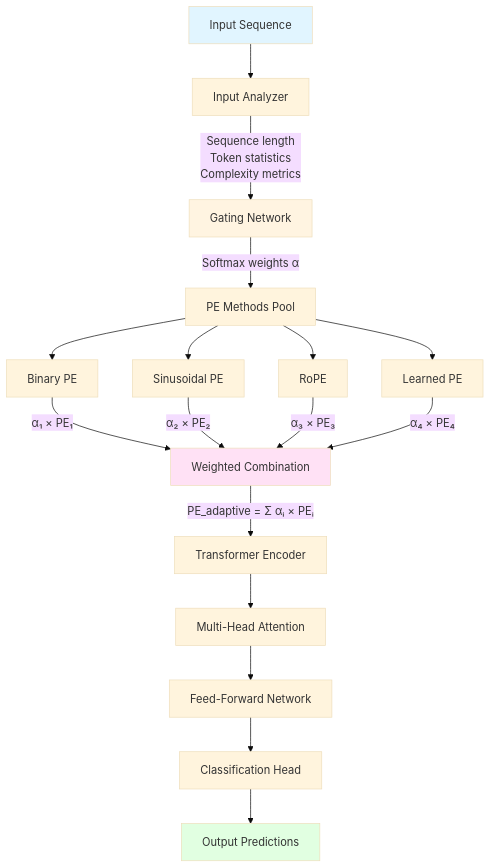
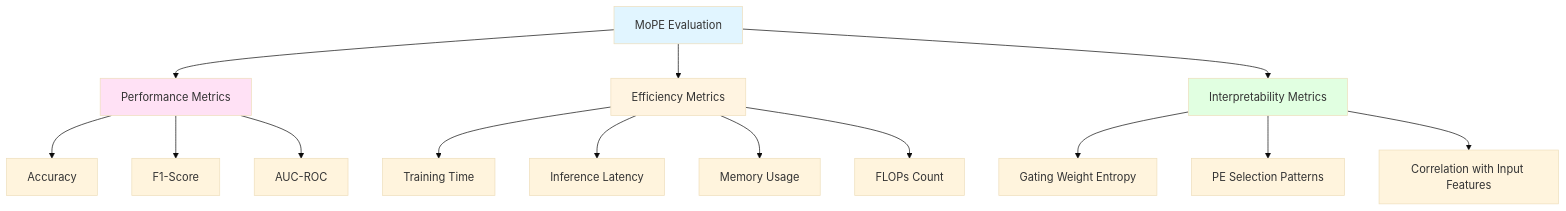
The fourth of 5 diagrams in README.md (zeeza18/PE-COMPARISON-MOE), drawn with Mermaid (base theme) before and after one commit. The commit also changed other lines of this file, not shown here.

````diff
--- a/README.md
+++ b/README.md
@@ -139,27 +327,24 @@
 ```mermaid
-graph TD
-    A[Input Sequence] --> B[Input Analyzer]
-    B --> |Sequence length<br/>Token statistics<br/>Complexity metrics| C[Gating Network]
-    C --> |Softmax weights α| D[PE Methods Pool]
+graph TB
+    A[MoPE Evaluation] --> B[Performance Metrics]
+    A --> C[Efficiency Metrics]
+    A --> D[Interpretability Metrics]
 
-    D --> E1[Binary PE]
-    D --> E2[Sinusoidal PE]
-    D --> E3[RoPE]
-    D --> E4[Learned PE]
+    B --> B1[Accuracy]
+    B --> B2[F1-Score]
+    B --> B3[AUC-ROC]
 
-    E1 --> |α₁ × PE₁| F[Weighted Combination]
-    E2 --> |α₂ × PE₂| F
-    E3 --> |α₃ × PE₃| F
-    E4 --> |α₄ × PE₄| F
+    C --> C1[Training Time]
+    C --> C2[Inference Latency]
+    C --> C3[Memory Usage]
+    C --> C4[FLOPs Count]
 
-    F --> |PE_adaptive = Σ αᵢ × PEᵢ| G[Transformer Encoder]
-    G --> H[Multi-Head Attention]
-    H --> I[Feed-Forward Network]
-    I --> J[Classification Head]
-    J --> K[Output Predictions]
+    D --> D1[Gating Weight Entropy]
+    D --> D2[PE Selection Patterns]
+    D --> D3[Correlation with Input Features]
 
     style A fill:#e1f5ff
+    style B fill:#ffe1f5
     style C fill:#fff4e1
-    style F fill:#ffe1f5
-    style K fill:#e1ffe1
+    style D fill:#e1ffe1
 ```
````
